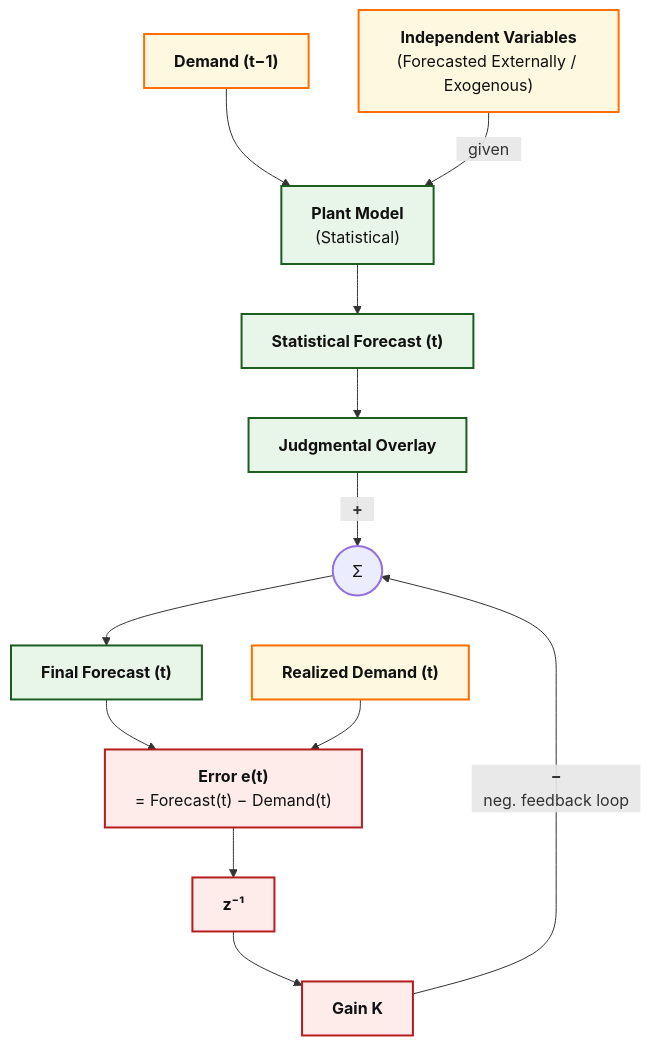
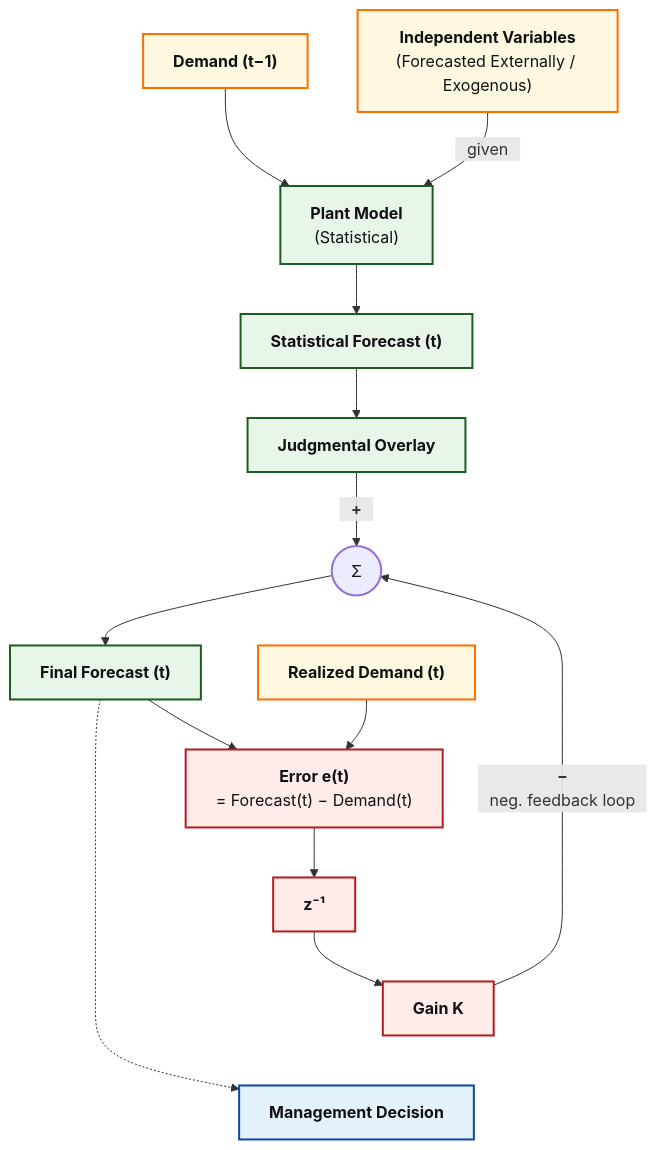
Before and after one commit to Tellusant/docs: the diagram in articles-posts/judgmental-mechanical.md, drawn with Mermaid.

```diff
--- a/articles-posts/judgmental-mechanical.md
+++ b/articles-posts/judgmental-mechanical.md
@@ -24,52 +24,61 @@
 <div class="mermaid">
   
 flowchart TD
 
 %%{init: {'themeVariables': { 'fontFamily': 'Arial'}}}%%
 %% ===== Inputs =====
 D1["`**Demand (t−1)**`"]:::orange
 X["`**Independent Variables**<br/>(Forecasted Externally / Exogenous)`"]:::orange
 
 %% ===== Baseline model =====
 M["`**Plant Model**<br/>(Statistical)`"]:::green
 S["`**Statistical Forecast (t)**`"]:::green
 
 %% ===== Judgment and correction =====
 J["`**Judgmental Overlay**`"]:::green
 Sum((⠀Σ⠀)):::base
 K["`**Gain K**`"]:::red
 F["`**Final Forecast (t)**`"]:::green
 
 %% ===== Realized demand =====
 R["`**Realized Demand (t)**`"]:::orange
 
 %% ===== Error and delay =====
 E["`**Error e(t)**<br/>= Forecast(t) − Demand(t)`"]:::red
 Delay["`**z⁻¹**`"]:::red
 
+%% ===== Management decision =====
+MGT["`**Management Decision**`"]:::blue
+
 %% ===== Forward path =====
 D1 --> M
 X -->|⠀given⠀| M
 M --> S
 S --> J
 J -->|"`⠀**+**⠀`"| Sum
 Sum --> F
 
 %% ===== Error computation =====
 F --> E
 R --> E
 
 %% ===== Feedback =====
 E --> Delay
 Delay --> K
 K -->|"`⠀**−**⠀<br/>⠀neg. feedback loop⠀`"| Sum
 
+F -.-> MGT
+K --> MGT
+
+linkStyle 12 stroke:transparent,stroke-width:0;
+
 %% ========= STYLES =========
 classDef green   fill:#E8F5E9,stroke:#1B5E20,stroke-width:2px,color:#111;
 classDef blue    fill:#E3F2FD,stroke:#0D47A1,stroke-width:2px,color:#111;
 classDef orange  fill:#FFF8E1,stroke:#FF6F00,stroke-width:2px,color:#111;
 classDef red     fill:#FDECEA,stroke:#B71C1C,stroke-width:2px,color:#111;
 classDef grey    fill:#F5F5F5,stroke:#424242,stroke-width:2px,color:#111;
 classDef base    fill:#ECECFF,stroke:#9370DB,stroke-width:2px,color:#111;
+classDef clear   fill:transparent,stroke:transparent;
 
 </div>
```
